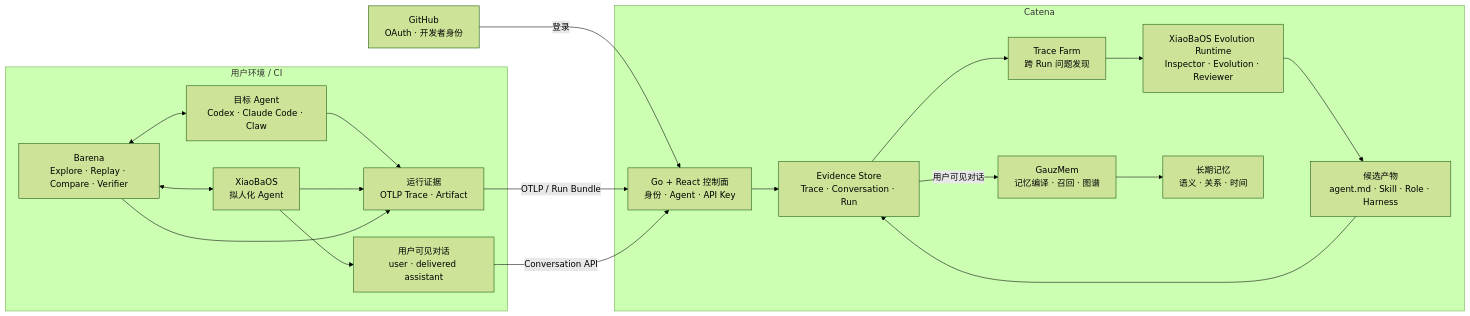
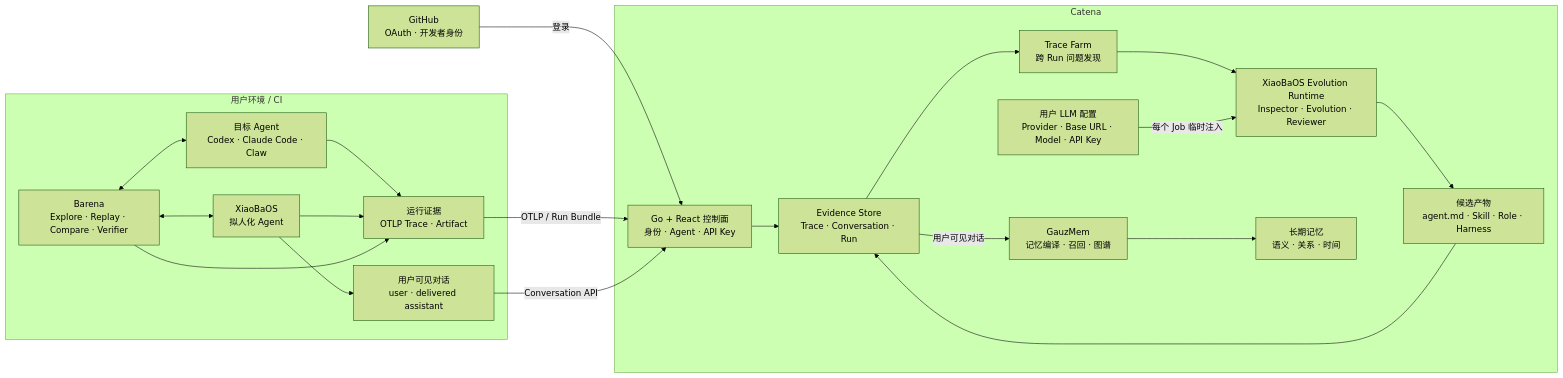
One commit to fightheyyy/CATENA changed the diagram in README.md. Above: the diagram before and after it, drawn with Mermaid (forest theme). The commit also changed other lines of this file and 34 other files, not shown here.

Commit message:
Make API management owner-configured

````diff
--- a/README.md
+++ b/README.md
@@ -34,37 +34,39 @@
 ```mermaid
 flowchart LR
     GitHub["GitHub<br/>OAuth · 开发者身份"] -->|"登录"| Core
 
     subgraph Edge["用户环境 / CI"]
         Agent["目标 Agent<br/>Codex · Claude Code · Claw"]
         XiaoBa["XiaoBaOS<br/>拟人化 Agent"]
         Barena["Barena<br/>Explore · Replay · Compare · Verifier"]
         Trace["运行证据<br/>OTLP Trace · Artifact"]
         Conversation["用户可见对话<br/>user · delivered assistant"]
 
         Barena <--> Agent
         Barena <--> XiaoBa
         Agent --> Trace
         XiaoBa --> Trace
         XiaoBa --> Conversation
         Barena --> Trace
     end
 
     subgraph Cloud["Catena"]
         Core["Go + React 控制面<br/>身份 · Agent · API Key"]
+        OwnerModel["用户 LLM 配置<br/>Provider · Base URL · Model · API Key"]
         Facts["Evidence Store<br/>Trace · Conversation · Run"]
         Farm["Trace Farm<br/>跨 Run 问题发现"]
         Runtime["XiaoBaOS Evolution Runtime<br/>Inspector · Evolution · Reviewer"]
         Assets["候选产物<br/>agent.md · Skill · Role · Harness"]
         GauzMem["GauzMem<br/>记忆编译 · 召回 · 图谱"]
         Memories["长期记忆<br/>语义 · 关系 · 时间"]
 
         Core --> Facts
         Facts --> Farm --> Runtime --> Assets
+        OwnerModel -->|"每个 Job 临时注入"| Runtime
         Facts -->|"用户可见对话"| GauzMem --> Memories
         Assets --> Facts
     end
 
     Trace -->|"OTLP / Run Bundle"| Core
     Conversation -->|"Conversation API"| Core
 ```
````
